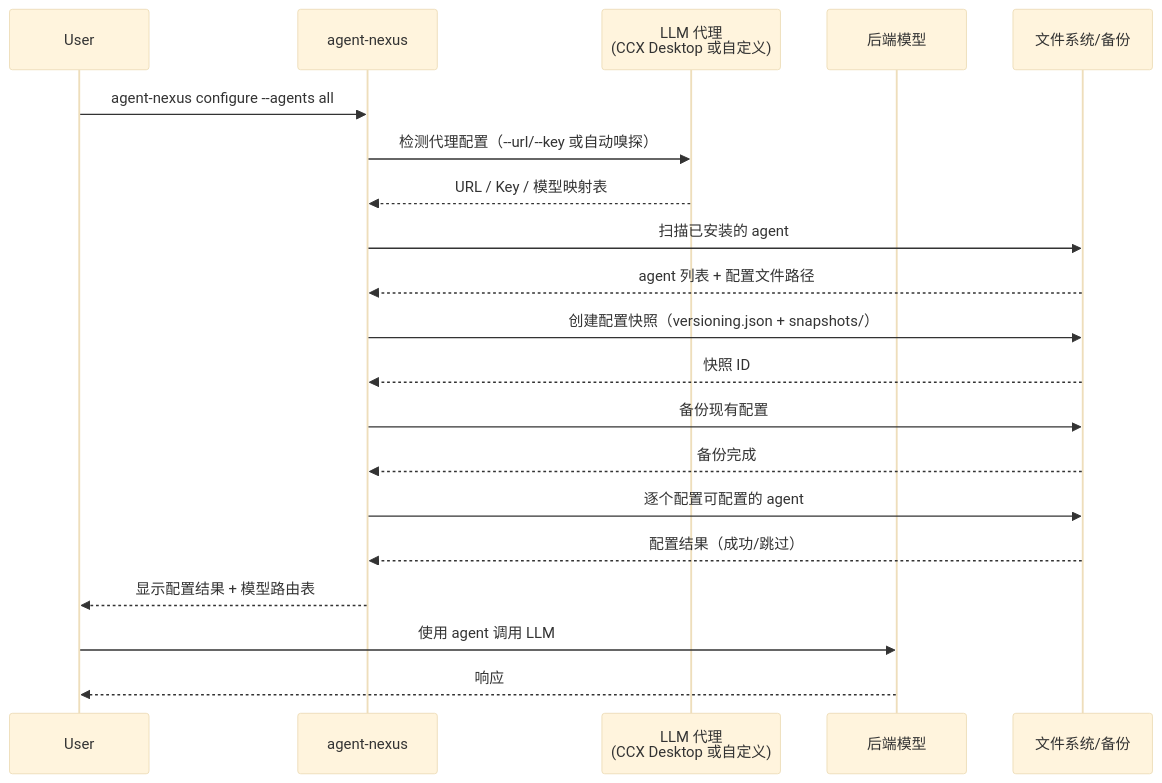
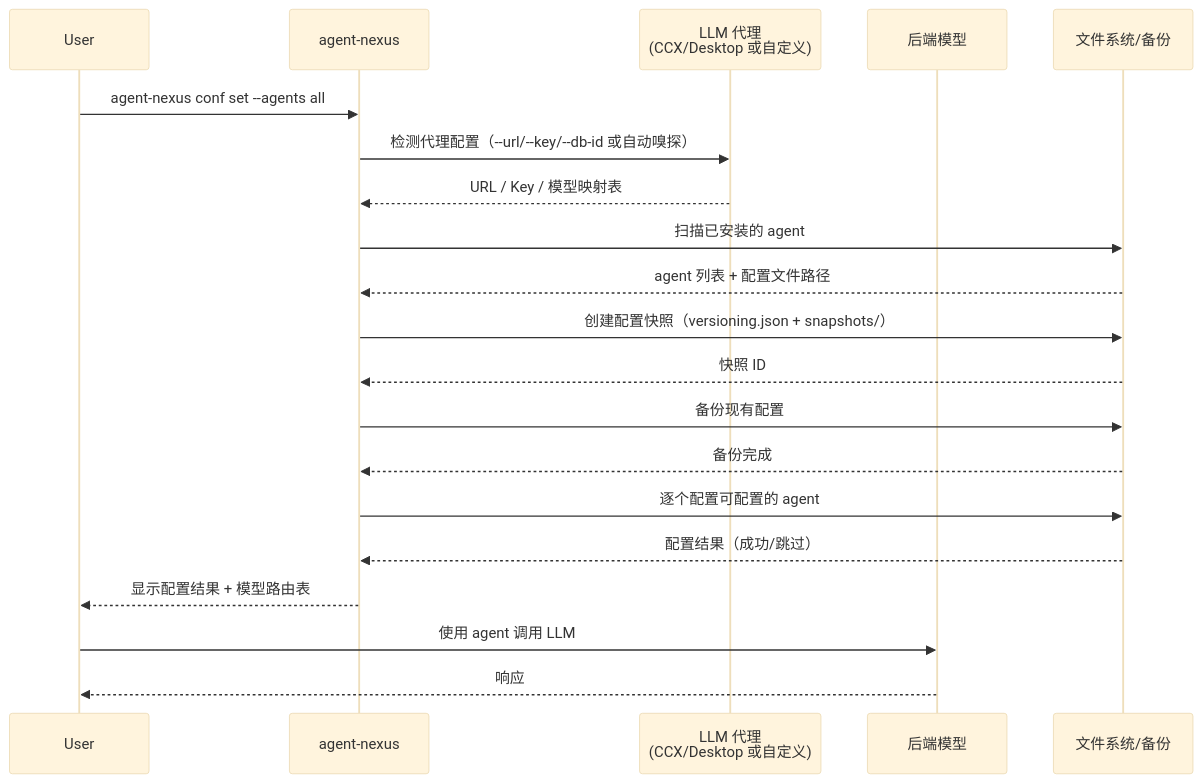
One commit to yejinlei/agent-nexus changed the third of 3 diagrams in MANUAL.md. Above: the diagram before and after it, drawn with Mermaid (base theme). The commit also changed other lines of this file and 2 other files, not shown here.

````diff
--- a/MANUAL.md
+++ b/MANUAL.md
@@ -304,23 +539,23 @@
 ```mermaid
 sequenceDiagram
     participant User
     participant Tool as agent-nexus
-    participant Proxy as LLM 代理<br/>(CCX Desktop 或自定义)
+    participant Proxy as LLM 代理<br/>(CCX/Desktop 或自定义)
     participant Backend as 后端模型
     participant FS as 文件系统/备份
 
-    User->>Tool: agent-nexus configure --agents all
-    Tool->>Proxy: 检测代理配置（--url/--key 或自动嗅探）
+    User->>Tool: agent-nexus conf set --agents all
+    Tool->>Proxy: 检测代理配置（--url/--key/--db-id 或自动嗅探）
     Proxy-->>Tool: URL / Key / 模型映射表
     Tool->>FS: 扫描已安装的 agent
     FS-->>Tool: agent 列表 + 配置文件路径
     Tool->>FS: 创建配置快照（versioning.json + snapshots/）
     FS-->>Tool: 快照 ID
     Tool->>FS: 备份现有配置
     FS-->>Tool: 备份完成
     Tool->>FS: 逐个配置可配置的 agent
     FS-->>Tool: 配置结果（成功/跳过）
     Tool-->>User: 显示配置结果 + 模型路由表
     User->>Backend: 使用 agent 调用 LLM
     Backend-->>User: 响应
 ```
````
